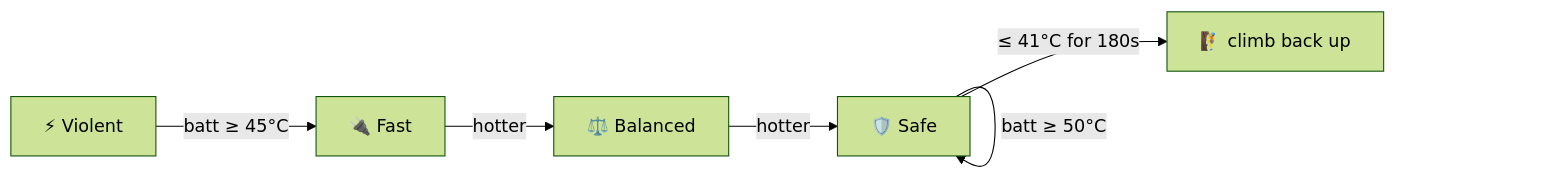
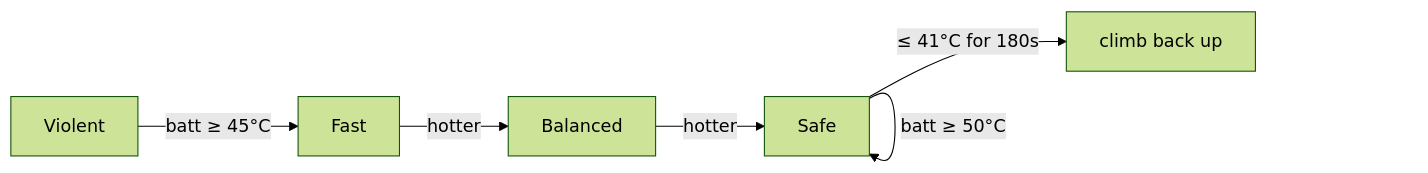
Before and after one commit to itswill00/hypercore: the second of 3 diagrams in README.md, drawn with Mermaid (forest theme). The commit also changed other lines of this file, not shown here.

````diff
--- a/README.md
+++ b/README.md
@@ -190,8 +190,8 @@
 ```mermaid
 flowchart LR
-    V[⚡ Violent] -->|batt ≥ 45°C| F[🔌 Fast]
-    F -->|hotter| B[⚖️ Balanced]
-    B -->|hotter| S[🛡️ Safe]
+    V[Violent] -->|batt ≥ 45°C| F[Fast]
+    F -->|hotter| B[Balanced]
+    B -->|hotter| S[Safe]
     S -->|batt ≥ 50°C| S
-    S -->|≤ 41°C for 180s| UP[🧗 climb back up]
+    S -->|≤ 41°C for 180s| UP[climb back up]
 ```
````
